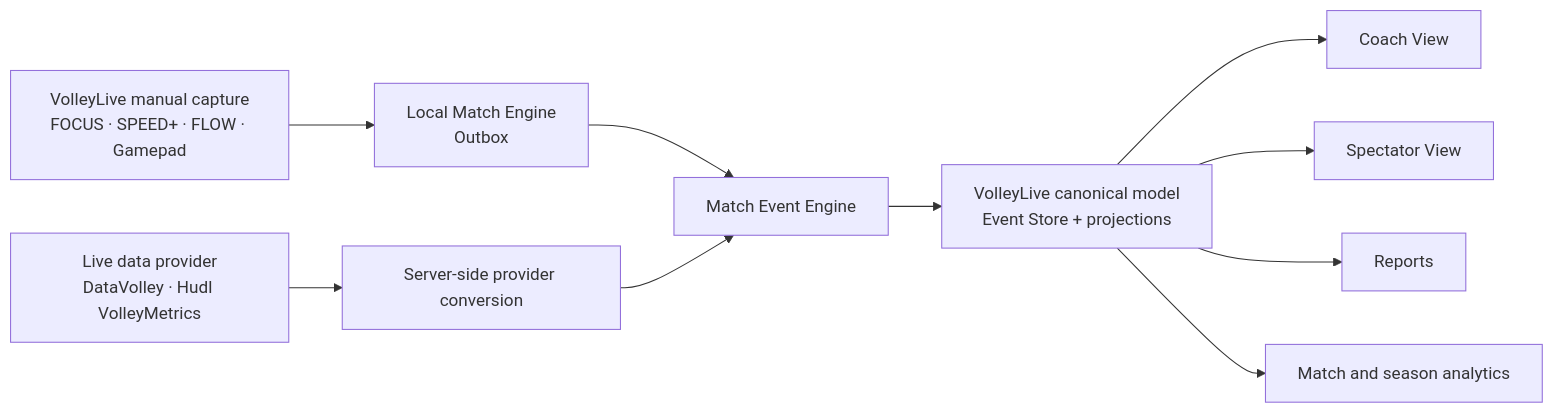
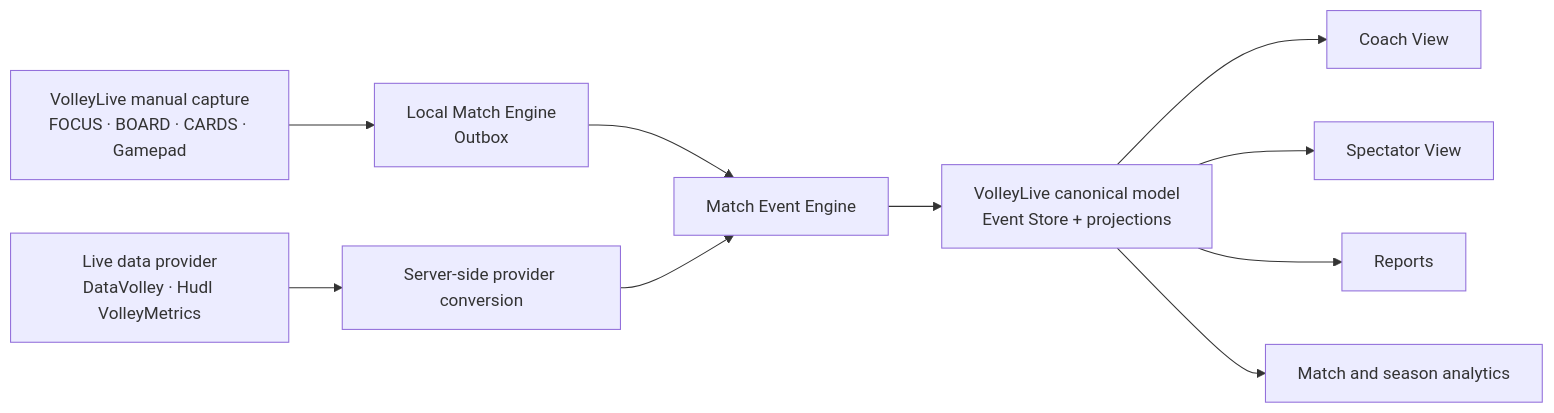
Before and after one commit to denisdelaveau-stat/Volley_statistics: the second of 8 diagrams in TO_DO/VolleyLive_Architecture_Data_Synchronization_Implementation_Specification.md, drawn with Mermaid. The commit also changed other lines of this file and 9 other files, not shown here.

````diff
--- a/TO_DO/VolleyLive_Architecture_Data_Synchronization_Implementation_Specification.md
+++ b/TO_DO/VolleyLive_Architecture_Data_Synchronization_Implementation_Specification.md
@@ -433,21 +433,21 @@
 ```mermaid
 flowchart LR
-    M[VolleyLive manual capture<br/>FOCUS · SPEED+ · FLOW · Gamepad]
+    M[VolleyLive manual capture<br/>FOCUS · BOARD · CARDS · Gamepad]
     P[Live data provider<br/>DataVolley · Hudl VolleyMetrics]
     LM[Local Match Engine<br/>Outbox]
     CV[Server-side provider conversion]
     E[Match Event Engine]
     C[VolleyLive canonical model<br/>Event Store + projections]
     CO[Coach View]
     SP[Spectator View]
     RP[Reports]
     AN[Match and season analytics]
 
     M --> LM --> E
     P --> CV --> E
     E --> C
     C --> CO
     C --> SP
     C --> RP
     C --> AN
 ```
````
